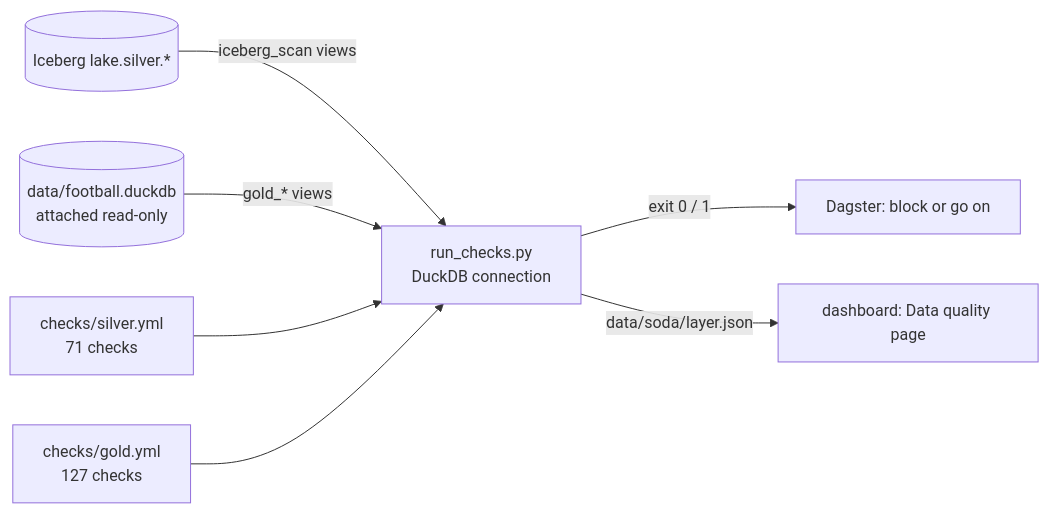
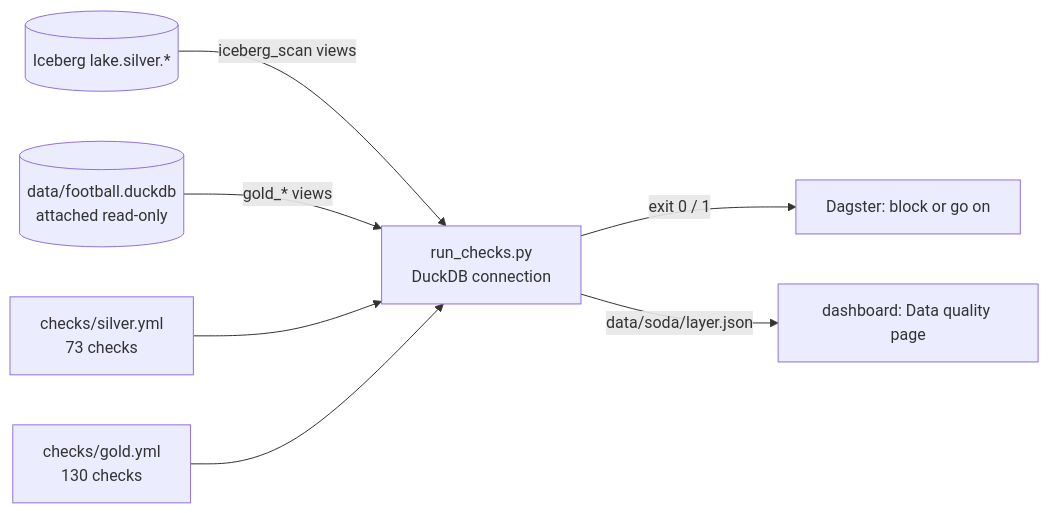
One commit to Anaximandr0s/football-data-platform changed the diagram in soda/README.md. Above: the diagram before and after it, drawn with Mermaid. The commit also changed other lines of this file and 11 other files, not shown here.

````diff
--- a/soda/README.md
+++ b/soda/README.md
@@ -7,9 +7,9 @@
 ```mermaid
 flowchart LR
     S[(Iceberg lake.silver.*)] -->|iceberg_scan views| R[run_checks.py<br/>DuckDB connection]
     G[(data/football.duckdb<br/>attached read-only)] -->|gold_* views| R
-    C1[checks/silver.yml<br/>71 checks] --> R
-    C2[checks/gold.yml<br/>127 checks] --> R
+    C1[checks/silver.yml<br/>73 checks] --> R
+    C2[checks/gold.yml<br/>130 checks] --> R
     R -->|exit 0 / 1| D[Dagster: block or go on]
     R -->|data/soda/layer.json| A[dashboard: Data quality page]
 ```
````
